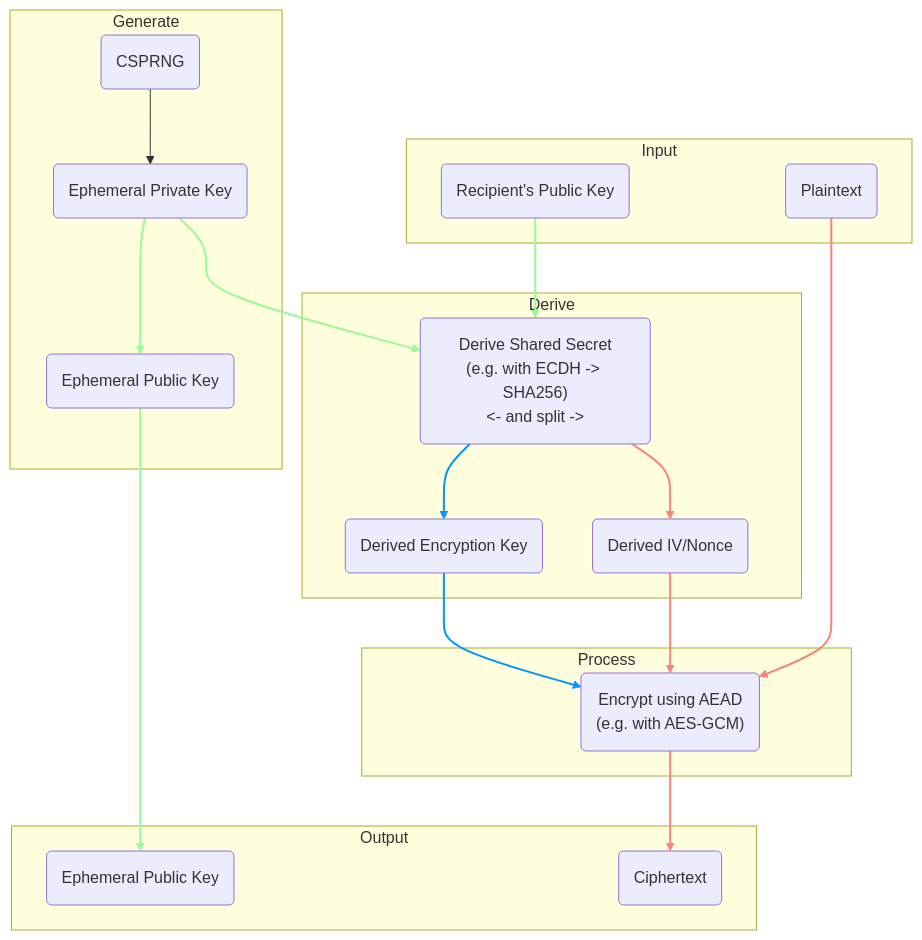
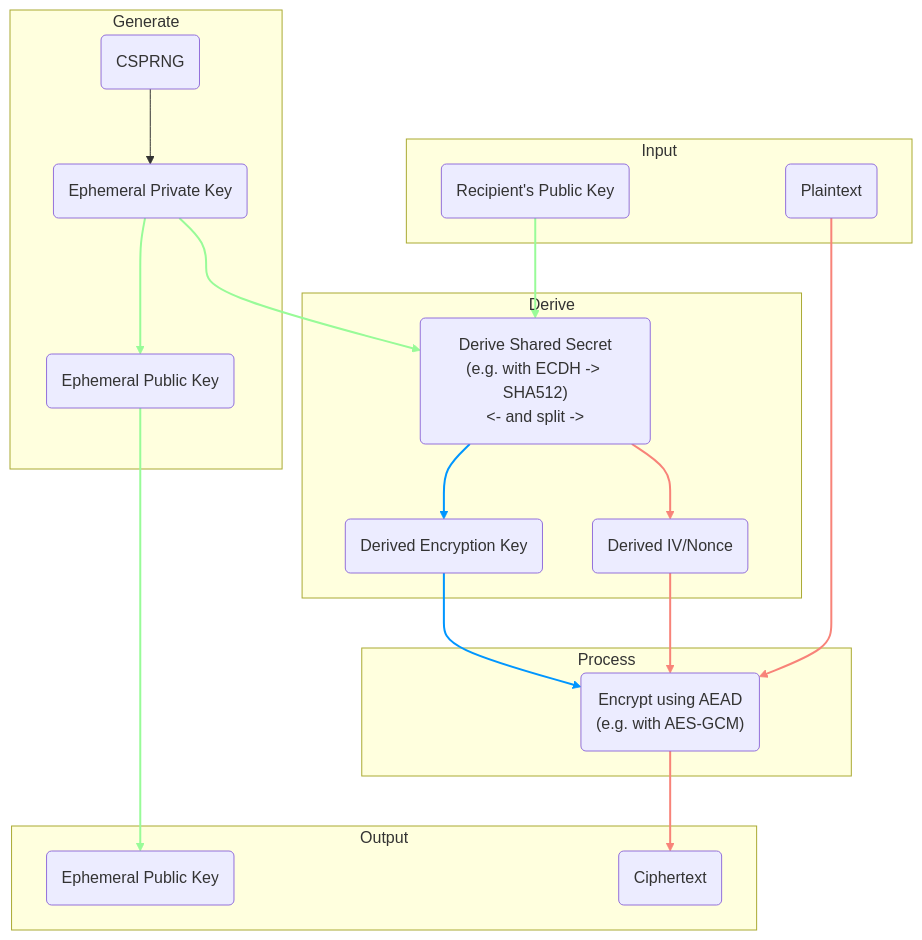
The third of 3 diagrams in README.md (TJRoh01/libes), drawn with Mermaid before and after one commit.

Commit message:
Fix to suggested SHA size on ECIES-SYN

````diff
--- a/README.md
+++ b/README.md
@@ -244,55 +244,55 @@
 ```mermaid
 graph TB
     subgraph Input
         RK(Recipient's Public Key)
         MSG(Plaintext)
     end
     
     subgraph Generate
         CSPRNG(CSPRNG)
         EK_PUB(Ephemeral Public Key)
         EK_PRI(Ephemeral Private Key)
     end
     
     subgraph Derive
-        DER_FN("Derive Shared Secret</br>(e.g. with ECDH -> SHA256)</br><- and split ->")
+        DER_FN("Derive Shared Secret</br>(e.g. with ECDH -> SHA512)</br><- and split ->")
         DER_IV("Derived IV/Nonce")
         DER_ENC_KEY("Derived Encryption Key")
     end
     
     subgraph Process
         ENC_FN("Encrypt using AEAD</br>(e.g. with AES-GCM)")
     end
     
     subgraph Output
         ENC_OUT(Ciphertext)
         EK_OUT(Ephemeral Public Key)
     end
     
     CSPRNG --> EK_PRI
     EK_PRI --> EK_PUB
     EK_PUB --> EK_OUT
     RK --> DER_FN
     EK_PRI --> DER_FN
     DER_FN --> DER_ENC_KEY & DER_IV
     DER_IV --> ENC_FN
     DER_ENC_KEY --> ENC_FN
     MSG --> ENC_FN
     ENC_FN --> ENC_OUT
     
     %% Elliptic Curve Key link colorization
     linkStyle 1 stroke:#98fb98,stroke-width:2px;
     linkStyle 2 stroke:#98fb98,stroke-width:2px;
     linkStyle 3 stroke:#98fb98,stroke-width:2px;
     linkStyle 4 stroke:#98fb98,stroke-width:2px;
     
     %% Nonce link colorization
     linkStyle 5 stroke:#0096ff,stroke-width:2px;
     linkStyle 8 stroke:#0096ff,stroke-width:2px;
     
     %% Encryption link colorization
     linkStyle 6 stroke:#f88379,stroke-width:2px;
     linkStyle 7 stroke:#f88379,stroke-width:2px;
     linkStyle 9 stroke:#f88379,stroke-width:2px;
     linkStyle 10 stroke:#f88379,stroke-width:2px;
 ```
````
